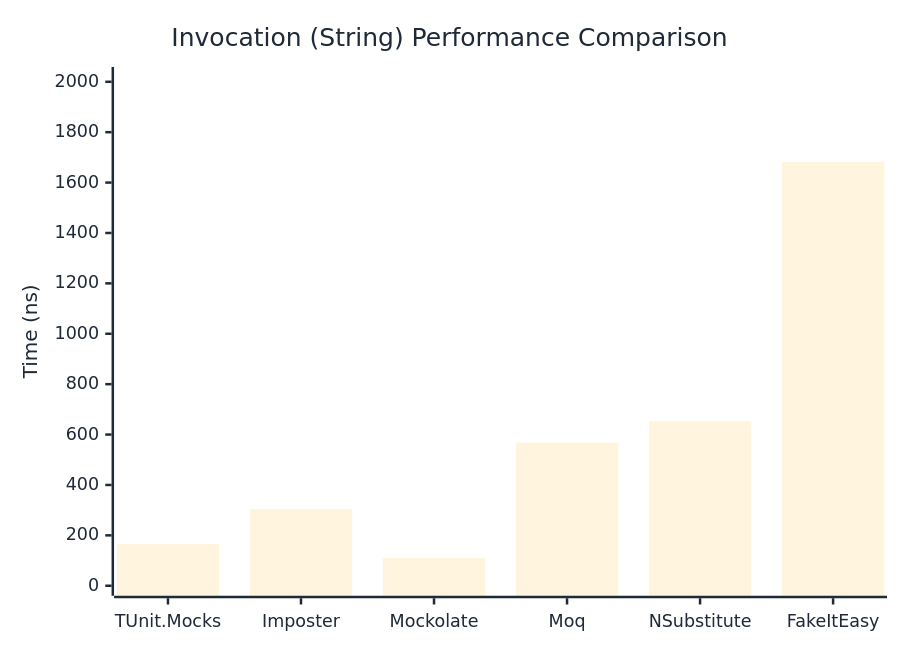
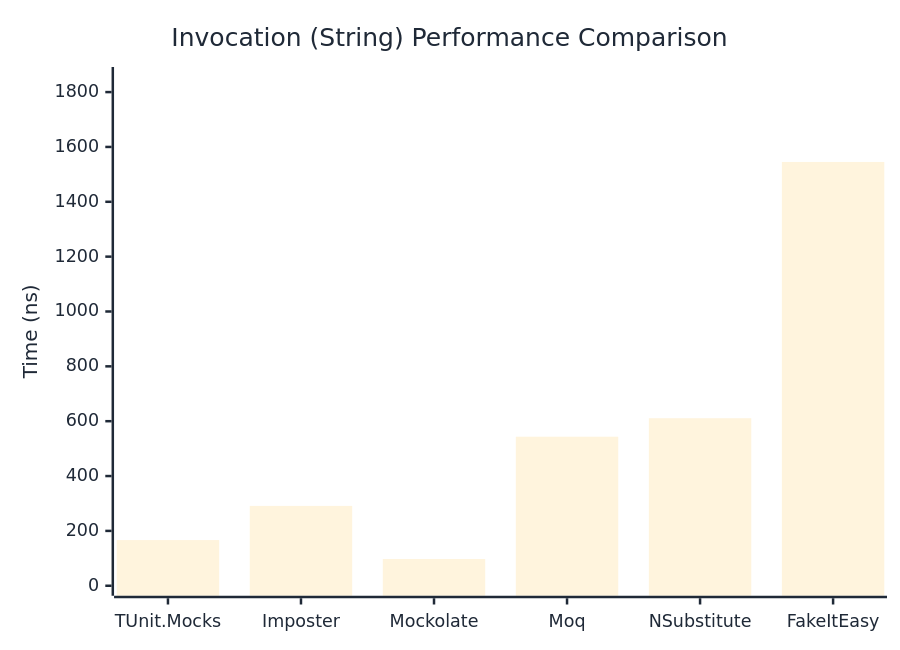
One commit to thomhurst/TUnit changed the second of 3 diagrams in docs/docs/benchmarks/mocks/Invocation.md. Above: the diagram before and after it, drawn with Mermaid. The commit also changed other lines of this file and 14 other files, not shown here.

````diff
--- a/docs/docs/benchmarks/mocks/Invocation.md
+++ b/docs/docs/benchmarks/mocks/Invocation.md
@@ -71,27 +71,27 @@
 ```mermaid
 %%{init: {
   'theme':'base',
   'themeVariables': {
     'primaryColor': '#2563eb',
     'primaryTextColor': '#1f2937',
     'primaryBorderColor': '#1e40af',
     'lineColor': '#6b7280',
     'secondaryColor': '#7c3aed',
     'tertiaryColor': '#dc2626',
     'background': '#ffffff',
     'pie1': '#2563eb',
     'pie2': '#7c3aed',
     'pie3': '#dc2626',
     'pie4': '#f59e0b',
     'pie5': '#10b981',
     'pie6': '#06b6d4',
     'pie7': '#ec4899',
     'pie8': '#6366f1'
   }
 }}%%
 xychart-beta
   title "Invocation (String) Performance Comparison"
   x-axis ["TUnit.Mocks", "Imposter", "Mockolate", "Moq", "NSubstitute", "FakeItEasy"]
-  y-axis "Time (ns)" 0 --> 2019
-  bar [165.4, 303.4, 110.1, 568.2, 652.4, 1681.9]
+  y-axis "Time (ns)" 0 --> 1855
+  bar [166.51, 291.14, 97.53, 543.5, 610.89, 1545.2]
 ```
````
